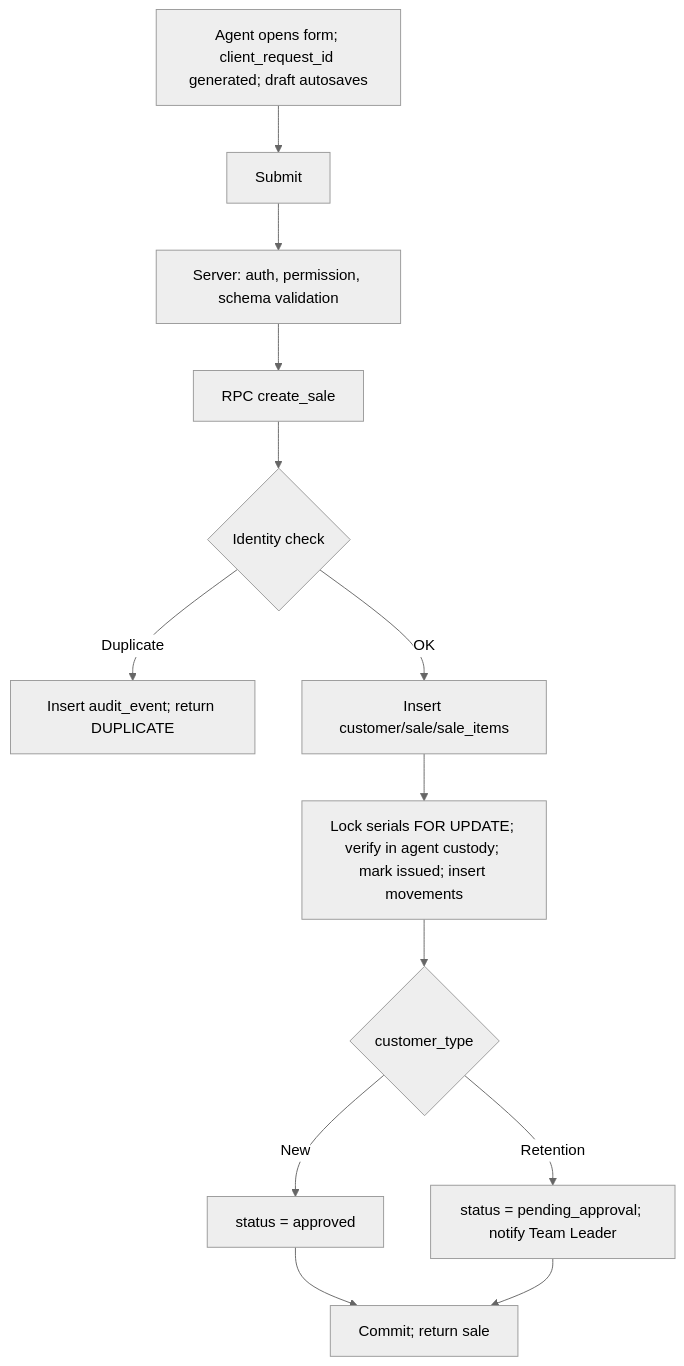
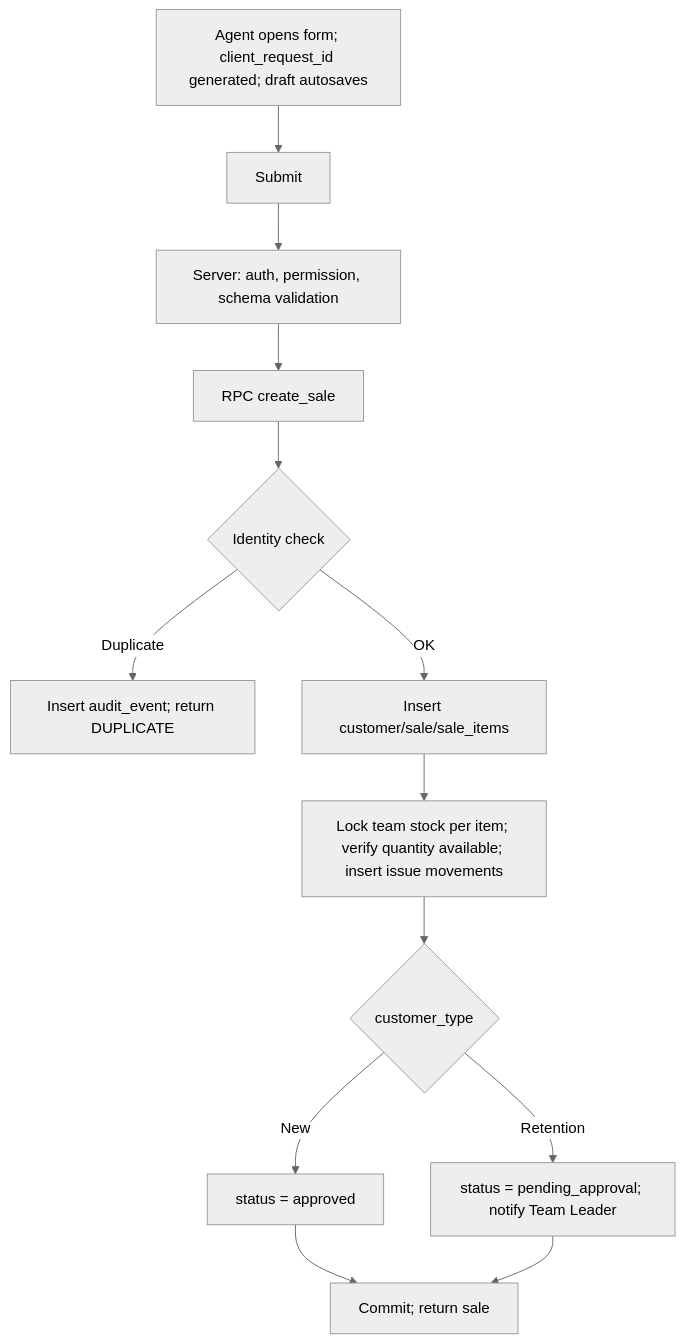
One commit to sakariyeqaalib001-alt/Outdoor- changed the third of 5 diagrams in docs/02-design/Sogasho_Outdoor_Field_Sales_Audit_System_SDD_v1.5.md. Above: the diagram before and after it, drawn with Mermaid (neutral theme). The commit also changed other lines of this file and 22 other files, not shown here.

Commit message:
Phase 6: stock ledger and team custody by quantity (D-35) — receive, send, accept, returns, adjustments, report

````diff
--- a/docs/02-design/Sogasho_Outdoor_Field_Sales_Audit_System_SDD_v1.5.md
+++ b/docs/02-design/Sogasho_Outdoor_Field_Sales_Audit_System_SDD_v1.5.md
@@ -441,15 +441,15 @@
 ```mermaid
 flowchart TD
     A[Agent opens form; client_request_id generated; draft autosaves] --> B[Submit]
     B --> C[Server: auth, permission, schema validation]
     C --> D[RPC create_sale]
     D --> E{Identity check}
     E -->|Duplicate| F[Insert audit_event; return DUPLICATE]
     E -->|OK| G[Insert customer/sale/sale_items]
-    G --> H[Lock serials FOR UPDATE; verify in agent custody; mark issued; insert movements]
+    G --> H[Lock team stock per item; verify quantity available; insert issue movements]
     H --> I{customer_type}
     I -->|New| J[status = approved]
     I -->|Retention| K[status = pending_approval; notify Team Leader]
     J --> L[Commit; return sale]
     K --> L
 ```
````
